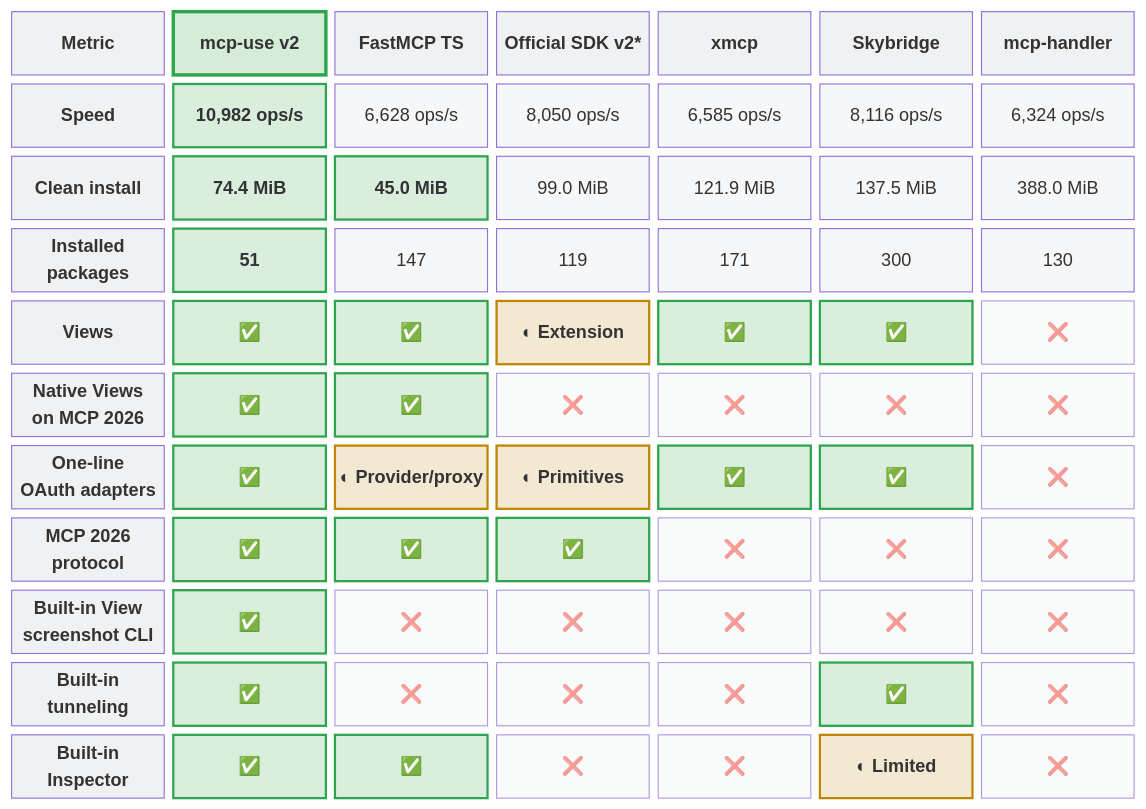
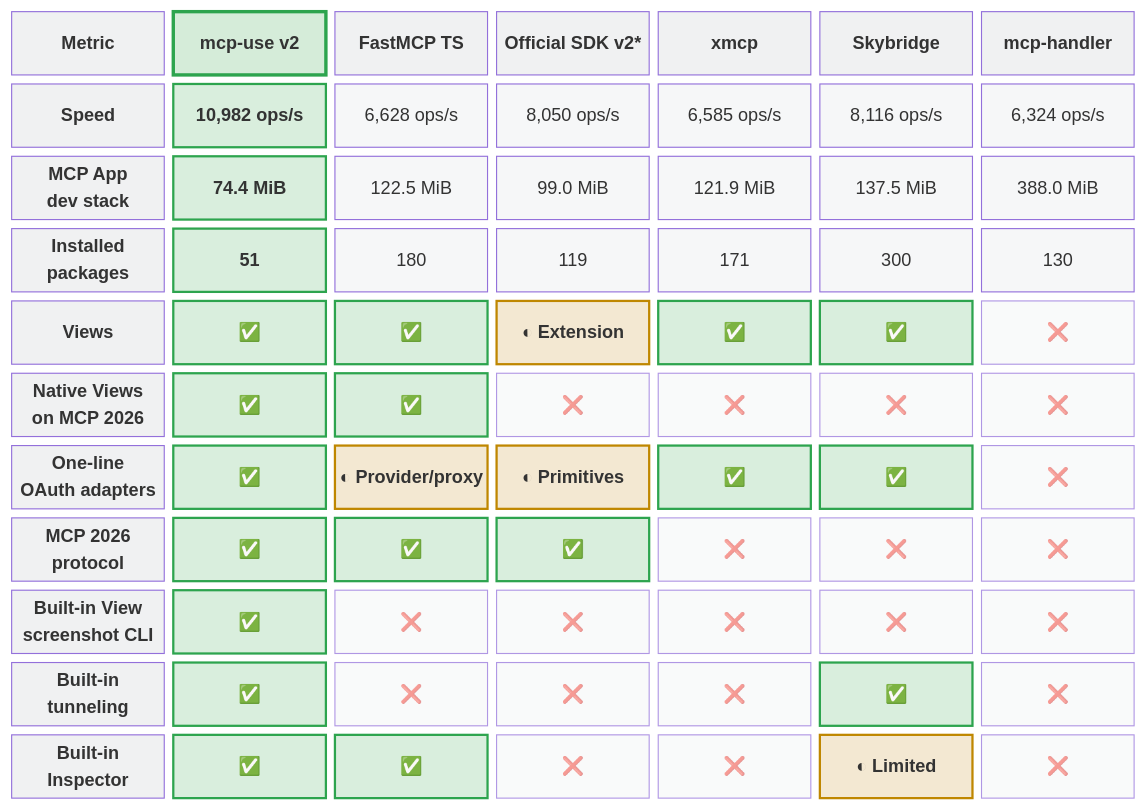
One commit to mcp-use/mcp-use changed the diagram in README.md. Above: the diagram before and after it, drawn with Mermaid. The commit also changed other lines of this file and 1 other file, not shown here.

Commit message:
docs: compare equivalent MCP App stacks

````diff
--- a/README.md
+++ b/README.md
@@ -280,33 +280,33 @@
 ```mermaid
 block-beta
   columns 7
 
   metric["Metric"] mcp["mcp-use v2"] fastmcp["FastMCP TS"] official["Official SDK v2*"] xmcp["xmcp"] skybridge["Skybridge"] handler["mcp-handler"]
 
   speed["Speed"] speedMcp["10,982 ops/s"] speedFast["6,628 ops/s"] speedOfficial["8,050 ops/s"] speedXmcp["6,585 ops/s"] speedSkybridge["8,116 ops/s"] speedHandler["6,324 ops/s"]
-  install["Clean install"] installMcp["74.4 MiB"] installFast["45.0 MiB"] installOfficial["99.0 MiB"] installXmcp["121.9 MiB"] installSkybridge["137.5 MiB"] installHandler["388.0 MiB"]
-  packages["Installed<br/>packages"] packagesMcp["51"] packagesFast["147"] packagesOfficial["119"] packagesXmcp["171"] packagesSkybridge["300"] packagesHandler["130"]
+  install["MCP App<br/>dev stack"] installMcp["74.4 MiB"] installFast["122.5 MiB"] installOfficial["99.0 MiB"] installXmcp["121.9 MiB"] installSkybridge["137.5 MiB"] installHandler["388.0 MiB"]
+  packages["Installed<br/>packages"] packagesMcp["51"] packagesFast["180"] packagesOfficial["119"] packagesXmcp["171"] packagesSkybridge["300"] packagesHandler["130"]
   views["Views"] viewsMcp["✅"] viewsFast["✅"] viewsOfficial["◐ Extension"] viewsXmcp["✅"] viewsSkybridge["✅"] viewsHandler["❌"]
   nativeViews["Native Views<br/>on MCP 2026"] nativeViewsMcp["✅"] nativeViewsFast["✅"] nativeViewsOfficial["❌"] nativeViewsXmcp["❌"] nativeViewsSkybridge["❌"] nativeViewsHandler["❌"]
   oauth["One-line<br/>OAuth adapters"] oauthMcp["✅"] oauthFast["◐ Provider/proxy"] oauthOfficial["◐ Primitives"] oauthXmcp["✅"] oauthSkybridge["✅"] oauthHandler["❌"]
   protocol["MCP 2026<br/>protocol"] protocolMcp["✅"] protocolFast["✅"] protocolOfficial["✅"] protocolXmcp["❌"] protocolSkybridge["❌"] protocolHandler["❌"]
   screenshot["Built-in View<br/>screenshot CLI"] screenshotMcp["✅"] screenshotFast["❌"] screenshotOfficial["❌"] screenshotXmcp["❌"] screenshotSkybridge["❌"] screenshotHandler["❌"]
   tunnel["Built-in<br/>tunneling"] tunnelMcp["✅"] tunnelFast["❌"] tunnelOfficial["❌"] tunnelXmcp["❌"] tunnelSkybridge["✅"] tunnelHandler["❌"]
   inspector["Built-in<br/>Inspector"] inspectorMcp["✅"] inspectorFast["✅"] inspectorOfficial["❌"] inspectorXmcp["❌"] inspectorSkybridge["◐ Limited"] inspectorHandler["❌"]
 
   classDef metricLabel fill:#6e76811a,font-weight:bold
   classDef brand fill:#2ea04333,stroke:#2da44e,stroke-width:3px,font-weight:bold
   classDef header fill:#6e76811a,font-weight:bold
   classDef value fill:#6e76810f,stroke-width:1px
   classDef leader fill:#2ea0432e,stroke:#2da44e,stroke-width:2px,font-weight:bold
   classDef partial fill:#bb80092e,stroke:#bf8700,stroke-width:2px,font-weight:bold
   classDef unavailable fill:#6e76810f,opacity:0.72
 
   class metric,speed,install,packages,views,nativeViews,oauth,protocol,screenshot,tunnel,inspector metricLabel
   class mcp brand
   class fastmcp,official,xmcp,skybridge,handler header
-  class speedFast,speedOfficial,speedXmcp,speedSkybridge,speedHandler,installOfficial,installXmcp,installSkybridge,installHandler,packagesFast,packagesOfficial,packagesXmcp,packagesSkybridge,packagesHandler value
-  class speedMcp,installMcp,installFast,packagesMcp,viewsMcp,viewsFast,viewsXmcp,viewsSkybridge,nativeViewsMcp,nativeViewsFast,oauthMcp,oauthXmcp,oauthSkybridge,protocolMcp,protocolFast,protocolOfficial,screenshotMcp,tunnelMcp,tunnelSkybridge,inspectorMcp,inspectorFast leader
+  class speedFast,speedOfficial,speedXmcp,speedSkybridge,speedHandler,installFast,installOfficial,installXmcp,installSkybridge,installHandler,packagesFast,packagesOfficial,packagesXmcp,packagesSkybridge,packagesHandler value
+  class speedMcp,installMcp,packagesMcp,viewsMcp,viewsFast,viewsXmcp,viewsSkybridge,nativeViewsMcp,nativeViewsFast,oauthMcp,oauthXmcp,oauthSkybridge,protocolMcp,protocolFast,protocolOfficial,screenshotMcp,tunnelMcp,tunnelSkybridge,inspectorMcp,inspectorFast leader
   class oauthFast,viewsOfficial,oauthOfficial,inspectorSkybridge partial
   class viewsHandler,nativeViewsOfficial,nativeViewsXmcp,nativeViewsSkybridge,nativeViewsHandler,oauthHandler,protocolXmcp,protocolSkybridge,protocolHandler,screenshotFast,screenshotOfficial,screenshotXmcp,screenshotSkybridge,screenshotHandler,tunnelFast,tunnelOfficial,tunnelXmcp,tunnelHandler,inspectorOfficial,inspectorXmcp,inspectorHandler unavailable
 ```
````
